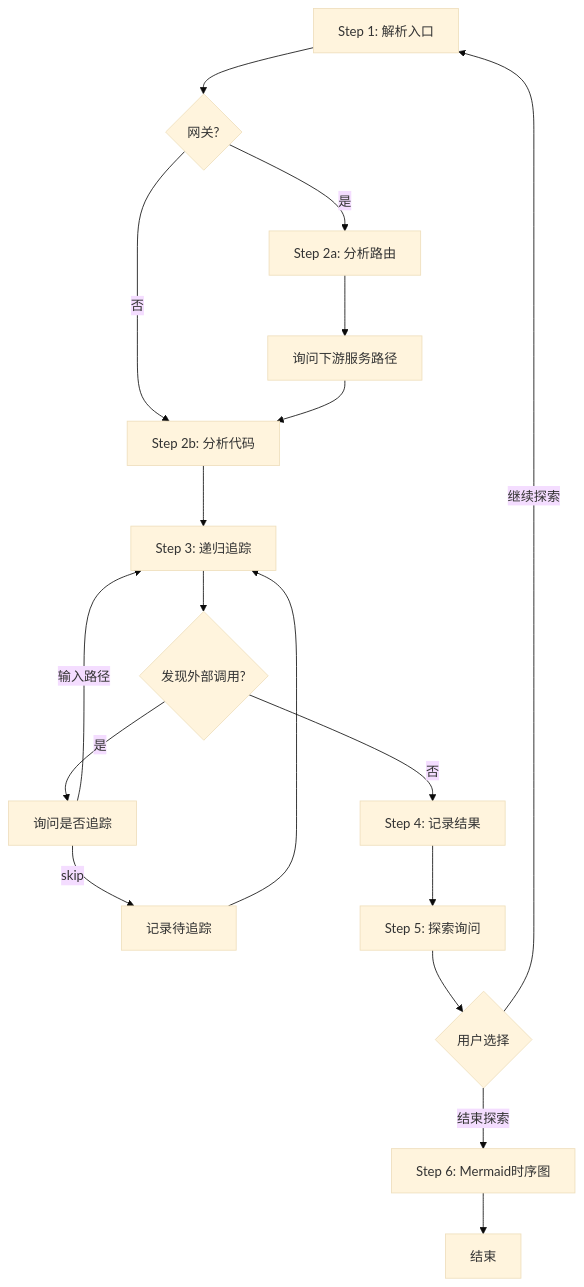
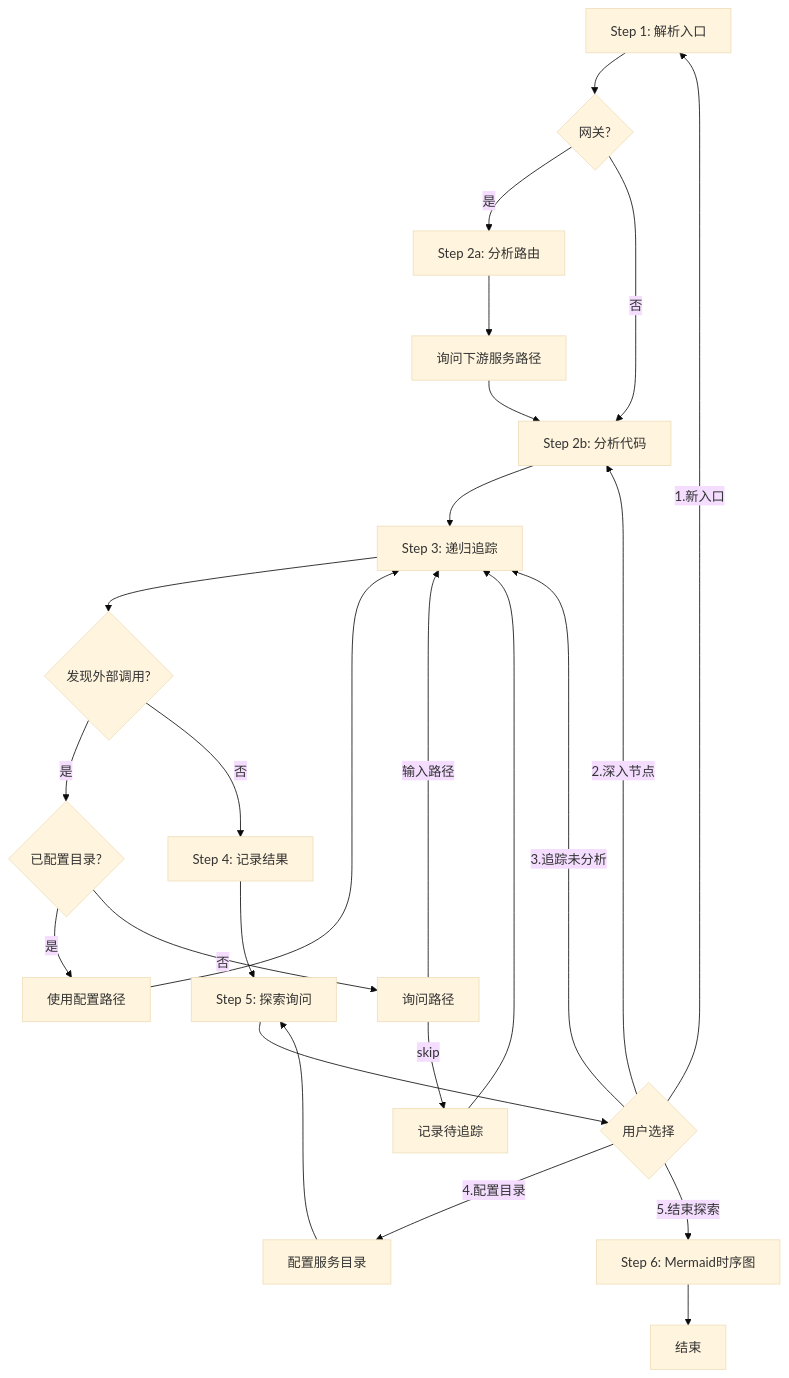
The first of 2 diagrams in SKILL.md (yves960/flow-trace), drawn with Mermaid (base theme) before and after one commit. The commit also changed other lines of this file, not shown here.

````diff
--- a/SKILL.md
+++ b/SKILL.md
@@ -64,25 +64,32 @@
 ```mermaid
 flowchart TB
     Step1[Step 1: 解析入口] --> Step2{网关?}
     Step2 -->|是| GW[Step 2a: 分析路由]
     Step2 -->|否| Service[Step 2b: 分析代码]
     GW --> Ask[询问下游服务路径]
     Ask --> Service
     
     Service --> Step3[Step 3: 递归追踪]
     Step3 --> Found{发现外部调用?}
     
-    Found -->|是| AskExternal[询问是否追踪]
-    AskExternal -->|输入路径| Step3
-    AskExternal -->|skip| Record[记录待追踪]
+    Found -->|是| CheckConfig{已配置目录?}
+    CheckConfig -->|是| UseConfig[使用配置路径]
+    CheckConfig -->|否| AskPath[询问路径]
+    UseConfig --> Step3
+    AskPath -->|输入路径| Step3
+    AskPath -->|skip| Record[记录待追踪]
     Record --> Step3
     
     Found -->|否| Step4[Step 4: 记录结果]
     Step4 --> Step5[Step 5: 探索询问]
     
     Step5 --> Choice{用户选择}
-    Choice -->|继续探索| Step1
-    Choice -->|结束探索| Step6[Step 6: Mermaid时序图]
+    Choice -->|1.新入口| Step1
+    Choice -->|2.深入节点| Service
+    Choice -->|3.追踪未分析| Step3
+    Choice -->|4.配置目录| Config[配置服务目录]
+    Config --> Step5
+    Choice -->|5.结束探索| Step6[Step 6: Mermaid时序图]
     
     Step6 --> End[结束]
 ```
````
